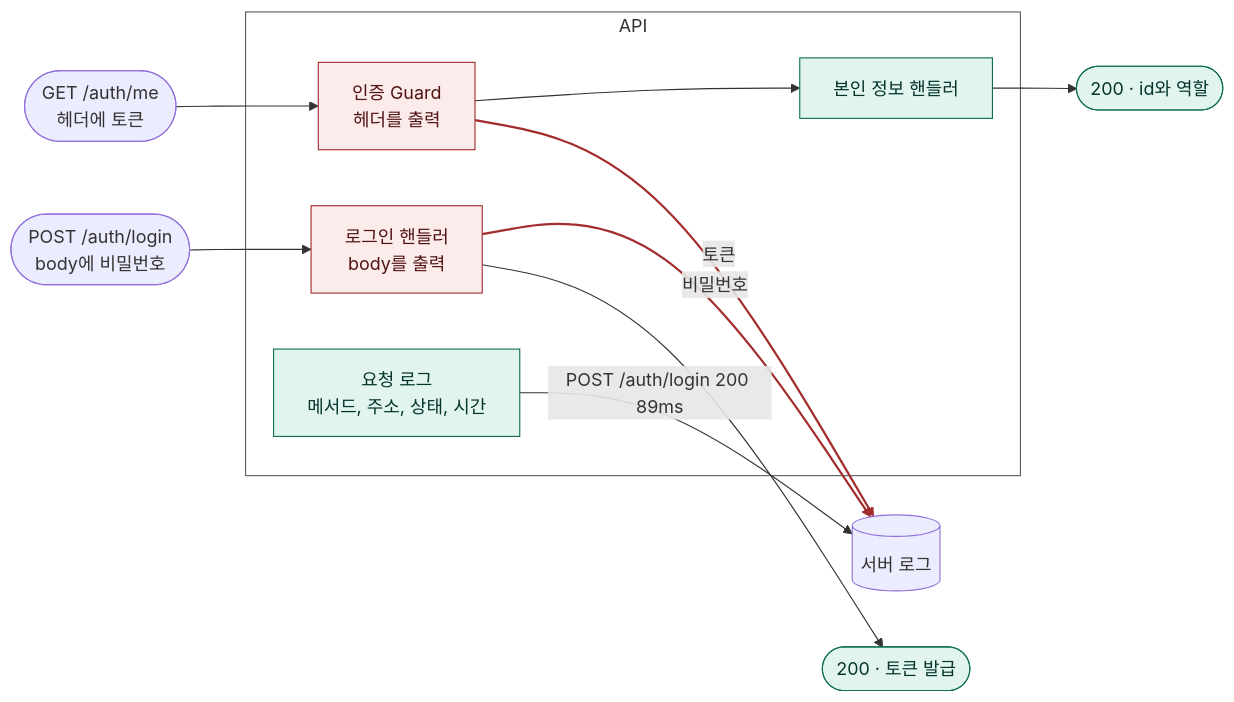
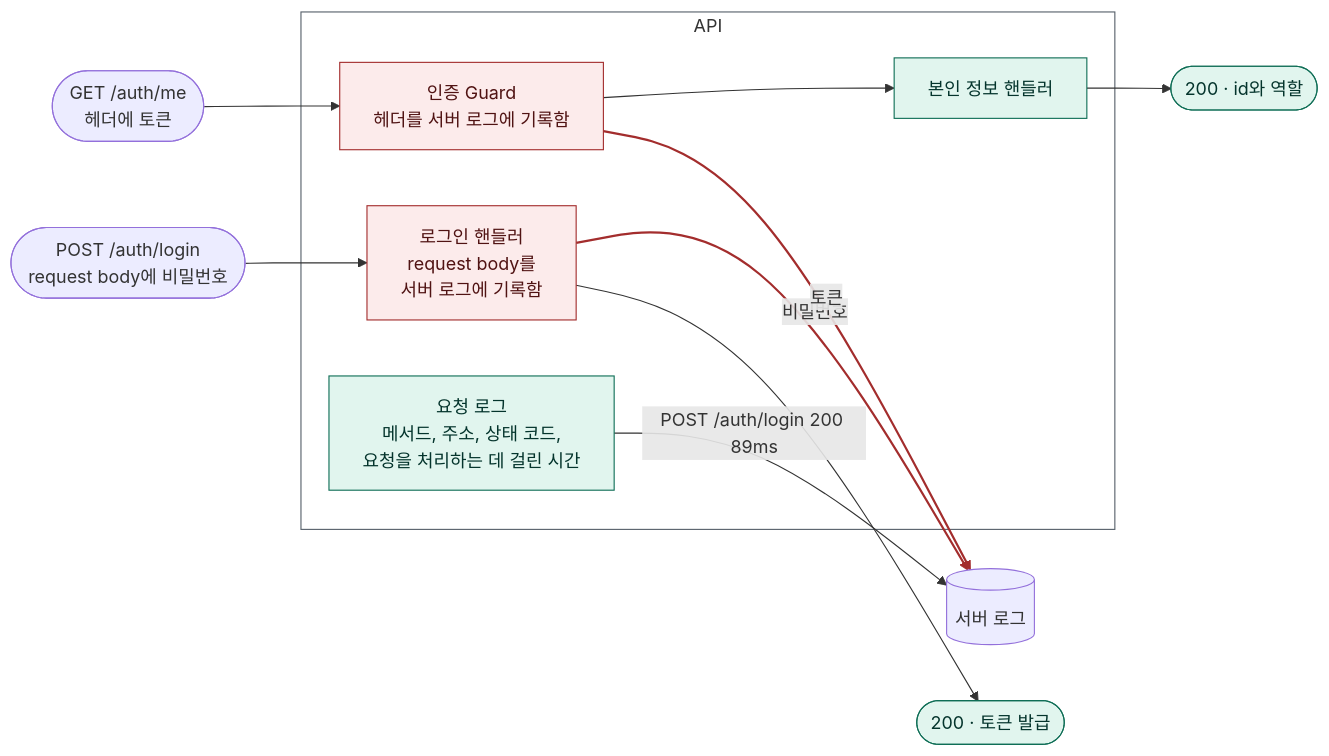
Before and after one commit to loquemedalagana/secure-enroll-demo: the first of 3 diagrams in docs/diagnosis/defect-3.md, drawn with Mermaid. The commit also changed other lines of this file, not shown here.

````diff
--- a/docs/diagnosis/defect-3.md
+++ b/docs/diagnosis/defect-3.md
@@ -95,29 +95,29 @@
 ```mermaid
 flowchart LR
-  req1(["POST /auth/login<br/>body에 비밀번호"])
+  req1(["POST /auth/login<br/>request body에 비밀번호"])
   req2(["GET /auth/me<br/>헤더에 토큰"])
 
   subgraph api["API"]
-    g["인증 Guard<br/>헤더를 출력"]
-    h1["로그인 핸들러<br/>body를 출력"]
+    g["인증 Guard<br/>헤더를 서버 로그에 기록함"]
+    h1["로그인 핸들러<br/>request body를<br/>서버 로그에 기록함"]
     h2["본인 정보 핸들러"]
-    m["요청 로그<br/>메서드, 주소, 상태, 시간"]
+    m["요청 로그<br/>메서드, 주소, 상태 코드,<br/>요청을 처리하는 데 걸린 시간"]
   end
 
   log[("서버 로그")]
 
   req1 --> h1
   req2 --> g --> h2
   h1 -- "비밀번호" --> log
   g -- "토큰" --> log
   m -- "POST /auth/login 200 89ms" --> log
   h1 --> ok1(["200 · 토큰 발급"])
   h2 --> ok2(["200 · id와 역할"])
 
   classDef safe fill:#E1F5EE,stroke:#0F6E56,color:#04342C
   classDef danger fill:#FCEBEB,stroke:#A32D2D,color:#501313
   class h2,m,ok1,ok2 safe
   class g,h1 danger
   style api fill:none,stroke:#57606a
   linkStyle 3,4 stroke:#A32D2D,stroke-width:2px
 ```
````
